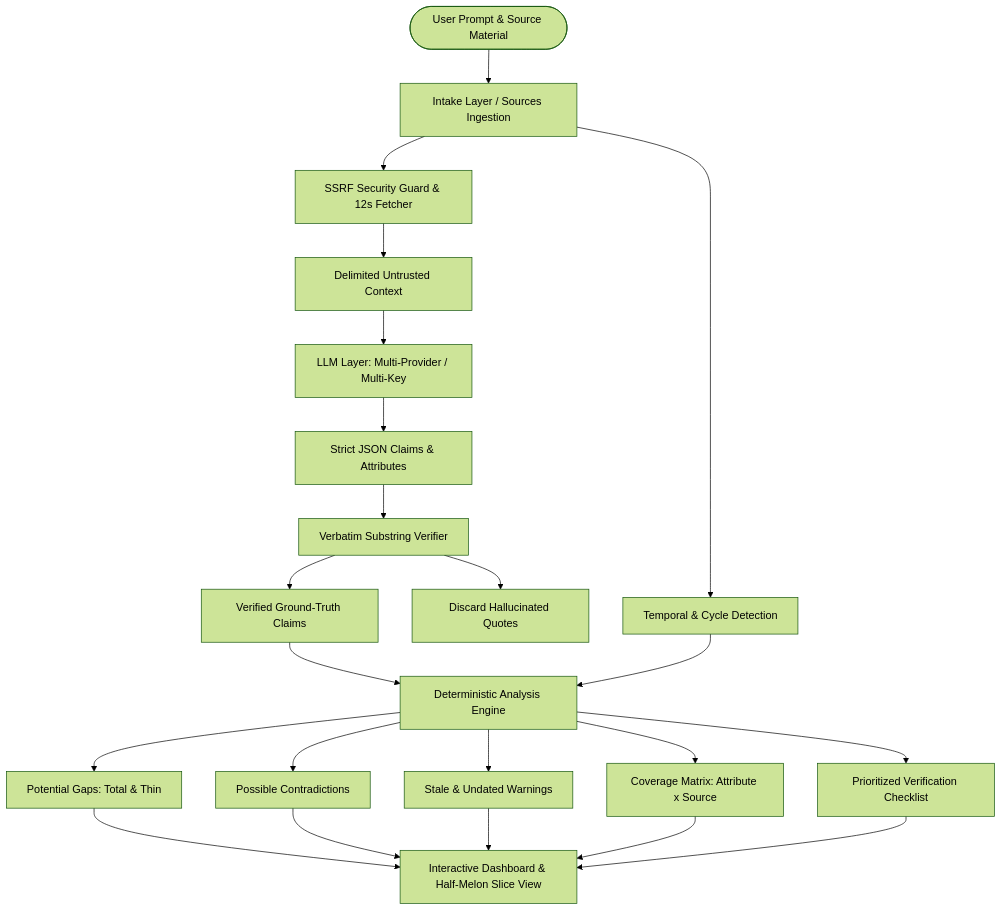
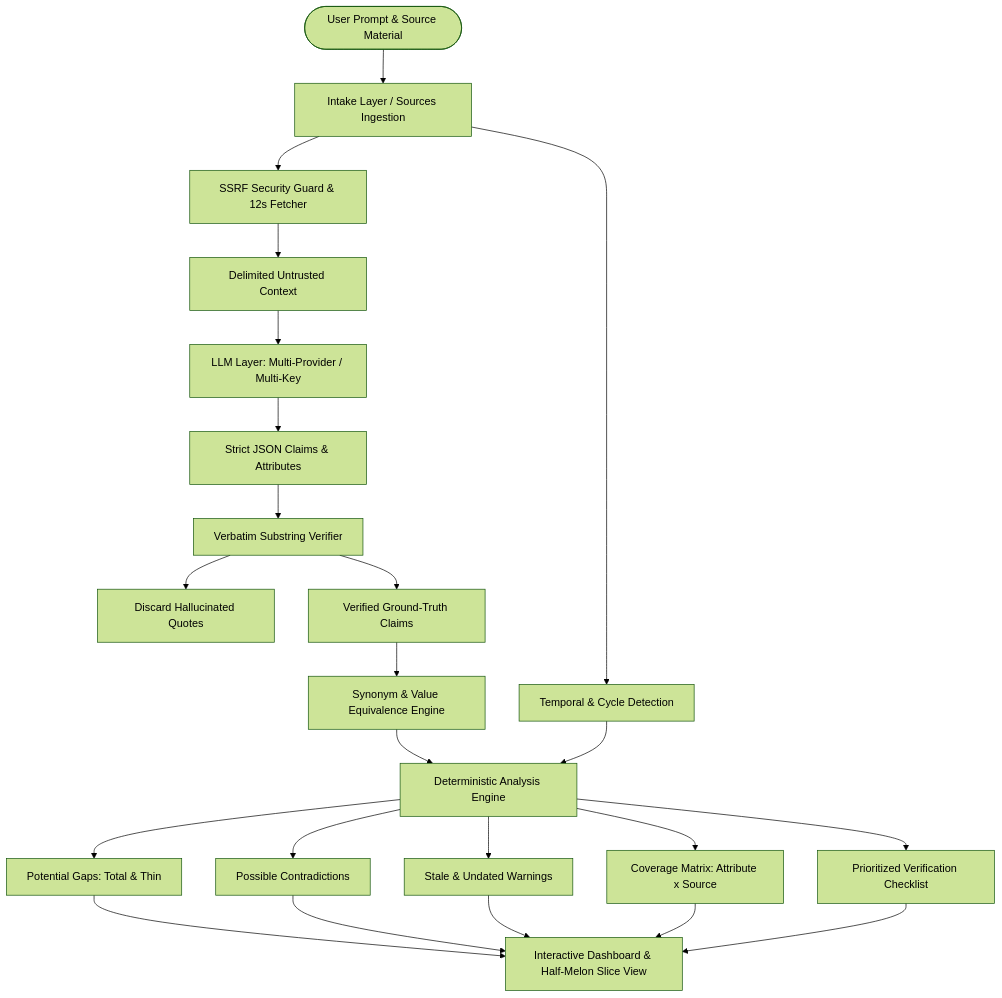
The diagram in README.md (Akshat-coder-101/Digital-Dark-Spot), drawn with Mermaid (forest theme) before and after one commit. The commit also changed other lines of this file and 36 other files, not shown here.

````diff
--- a/README.md
+++ b/README.md
@@ -26,30 +27,31 @@
 ```mermaid
 flowchart TD
     User([User Prompt & Source Material]) --> Intake[Intake Layer / Sources Ingestion]
     Intake --> SSRF[SSRF Security Guard & 12s Fetcher]
     Intake --> Temporal[Temporal & Cycle Detection]
     
     SSRF --> Untrusted[Delimited Untrusted Context]
     Untrusted --> LLM[LLM Layer: Multi-Provider / Multi-Key]
     
     LLM --> JSON[Strict JSON Claims & Attributes]
     JSON --> Verifier[Verbatim Substring Verifier]
     
     Verifier --> Discarded[Discard Hallucinated Quotes]
     Verifier --> VerifiedClaims[Verified Ground-Truth Claims]
     
-    VerifiedClaims --> DeterministicEngine[Deterministic Analysis Engine]
-    Temporal --> DeterministicEngine
+    VerifiedClaims --> Canonical[Synonym & Value Equivalence Engine]
+    Temporal --> DeterministicEngine[Deterministic Analysis Engine]
+    Canonical --> DeterministicEngine
     
     DeterministicEngine --> Gaps[Potential Gaps: Total & Thin]
     DeterministicEngine --> Conflicts[Possible Contradictions]
     DeterministicEngine --> Freshness[Stale & Undated Warnings]
     DeterministicEngine --> Matrix[Coverage Matrix: Attribute x Source]
     DeterministicEngine --> Checklist[Prioritized Verification Checklist]
     
     Gaps --> UI[Interactive Dashboard & Half-Melon Slice View]
     Conflicts --> UI
     Freshness --> UI
     Matrix --> UI
     Checklist --> UI
 ```
````
